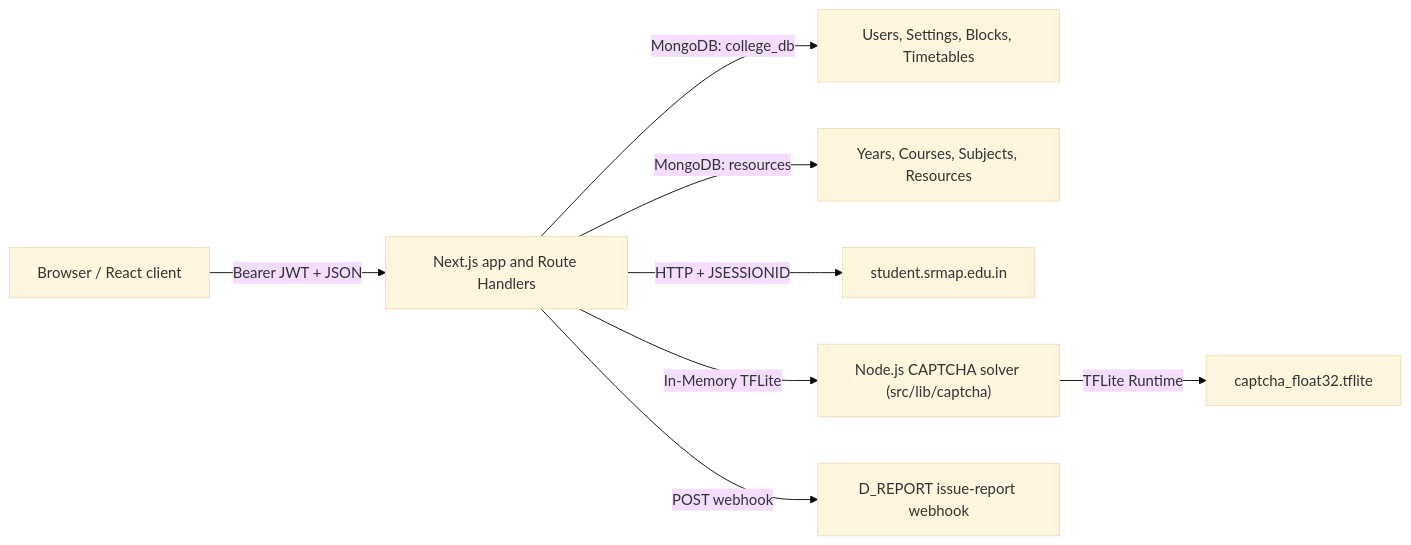
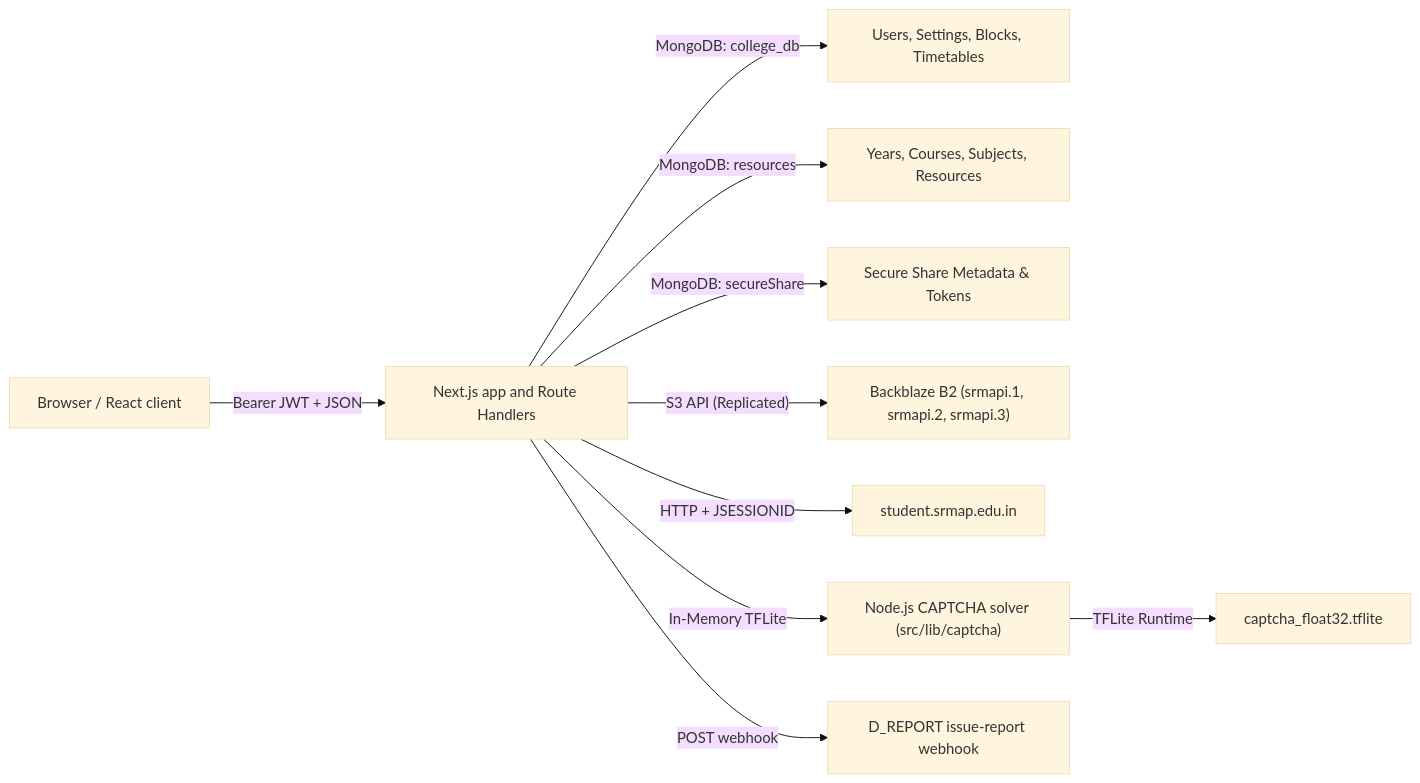
The diagram in workflow.md (StoreVia/Srmap-Api), drawn with Mermaid (base theme) before and after one commit. The commit also changed other lines of this file and 27 other files, not shown here.

Commit message:
Added Feature Secure Share

````diff
--- a/workflow.md
+++ b/workflow.md
@@ -22,10 +22,12 @@
 ```mermaid
 flowchart LR
   Browser["Browser / React client"] -->|"Bearer JWT + JSON"| Next["Next.js app and Route Handlers"]
   Next -->|"MongoDB: college_db"| MongoCore["Users, Settings, Blocks, Timetables"]
   Next -->|"MongoDB: resources"| MongoRes["Years, Courses, Subjects, Resources"]
+  Next -->|"MongoDB: secureShare"| MongoShare["Secure Share Metadata & Tokens"]
+  Next -->|"S3 API (Replicated)"| B2Storage["Backblaze B2 (srmapi.1, srmapi.2, srmapi.3)"]
   Next -->|"HTTP + JSESSIONID"| SRM["student.srmap.edu.in"]
   Next -->|"In-Memory TFLite"| Captcha["Node.js CAPTCHA solver (src/lib/captcha)"]
   Captcha -->|"TFLite Runtime"| Model["captcha_float32.tflite"]
   Next -->|"POST webhook"| Report["D_REPORT issue-report webhook"]
 ```
````
